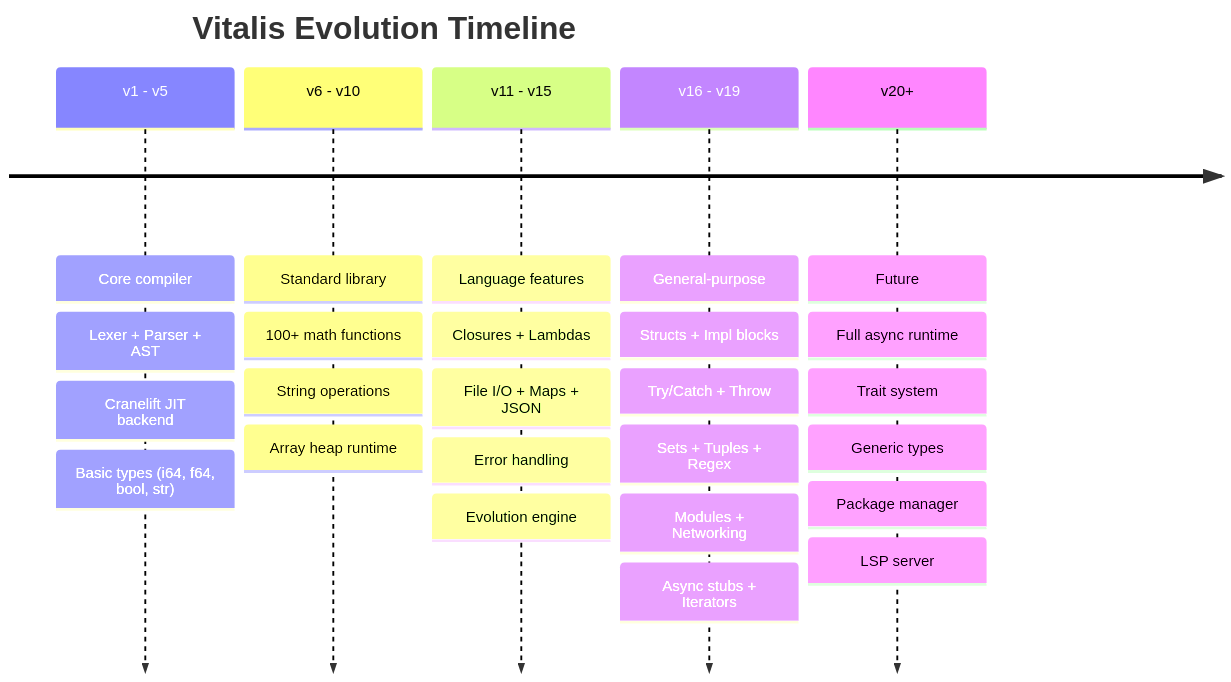
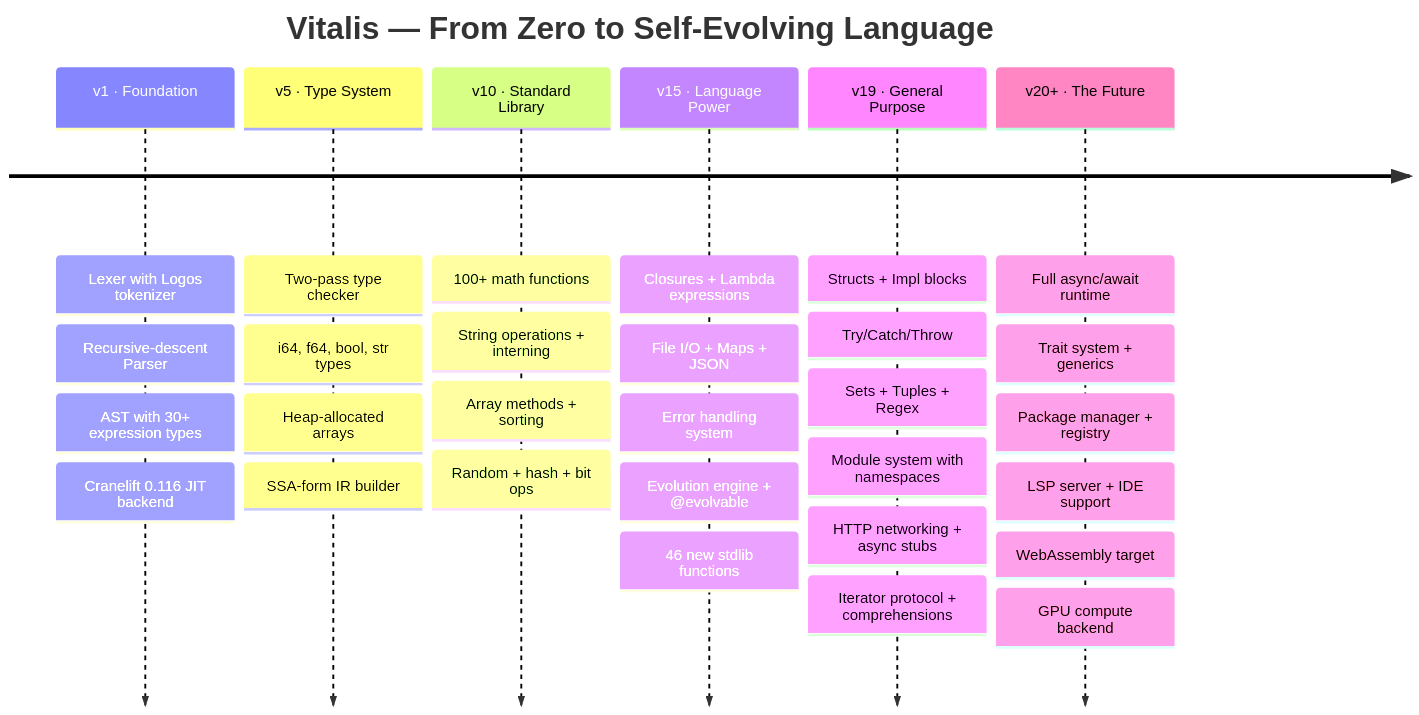
One commit to ModernOps888/vitalis changed the seventh of 7 diagrams in README.md. Above: the diagram before and after it, drawn with Mermaid. The commit also changed other lines of this file, not shown here.

First line of the commit message:
README: Redesign all 7 Mermaid diagrams — TB layouts, no control overlap, richer styling

````diff
--- a/README.md
+++ b/README.md
@@ -893,34 +915,45 @@
 ```mermaid
 timeline
-    title Vitalis Evolution Timeline
-    
-    v1 - v5 : Core compiler
-             : Lexer + Parser + AST
-             : Cranelift JIT backend
-             : Basic types (i64, f64, bool, str)
-    
-    v6 - v10 : Standard library
-              : 100+ math functions
-              : String operations
-              : Array heap runtime
-    
-    v11 - v15 : Language features
-               : Closures + Lambdas
-               : File I/O + Maps + JSON
-               : Error handling
-               : Evolution engine
-    
-    v16 - v19 : General-purpose
-               : Structs + Impl blocks
-               : Try/Catch + Throw
-               : Sets + Tuples + Regex
-               : Modules + Networking
-               : Async stubs + Iterators
-    
-    v20+ : Future
-          : Full async runtime
-          : Trait system
-          : Generic types
-          : Package manager
-          : LSP server
+    title Vitalis — From Zero to Self-Evolving Language
+
+    v1 · Foundation
+        : Lexer with Logos tokenizer
+        : Recursive-descent Parser
+        : AST with 30+ expression types
+        : Cranelift 0.116 JIT backend
+
+    v5 · Type System
+        : Two-pass type checker
+        : i64, f64, bool, str types
+        : Heap-allocated arrays
+        : SSA-form IR builder
+
+    v10 · Standard Library
+        : 100+ math functions
+        : String operations + interning
+        : Array methods + sorting
+        : Random + hash + bit ops
+
+    v15 · Language Power
+        : Closures + Lambda expressions
+        : File I/O + Maps + JSON
+        : Error handling system
+        : Evolution engine + @evolvable
+        : 46 new stdlib functions
+
+    v19 · General Purpose
+        : Structs + Impl blocks
+        : Try/Catch/Throw
+        : Sets + Tuples + Regex
+        : Module system with namespaces
+        : HTTP networking + async stubs
+        : Iterator protocol + comprehensions
+
+    v20+ · The Future
+        : Full async/await runtime
+        : Trait system + generics
+        : Package manager + registry
+        : LSP server + IDE support
+        : WebAssembly target
+        : GPU compute backend
 ```
````
